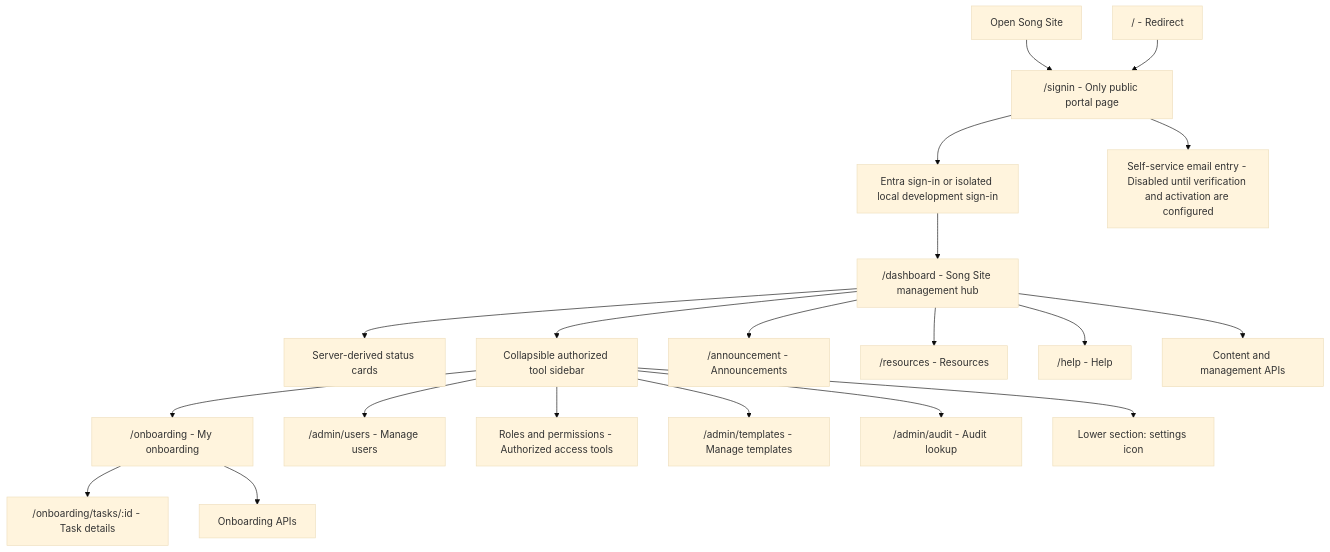
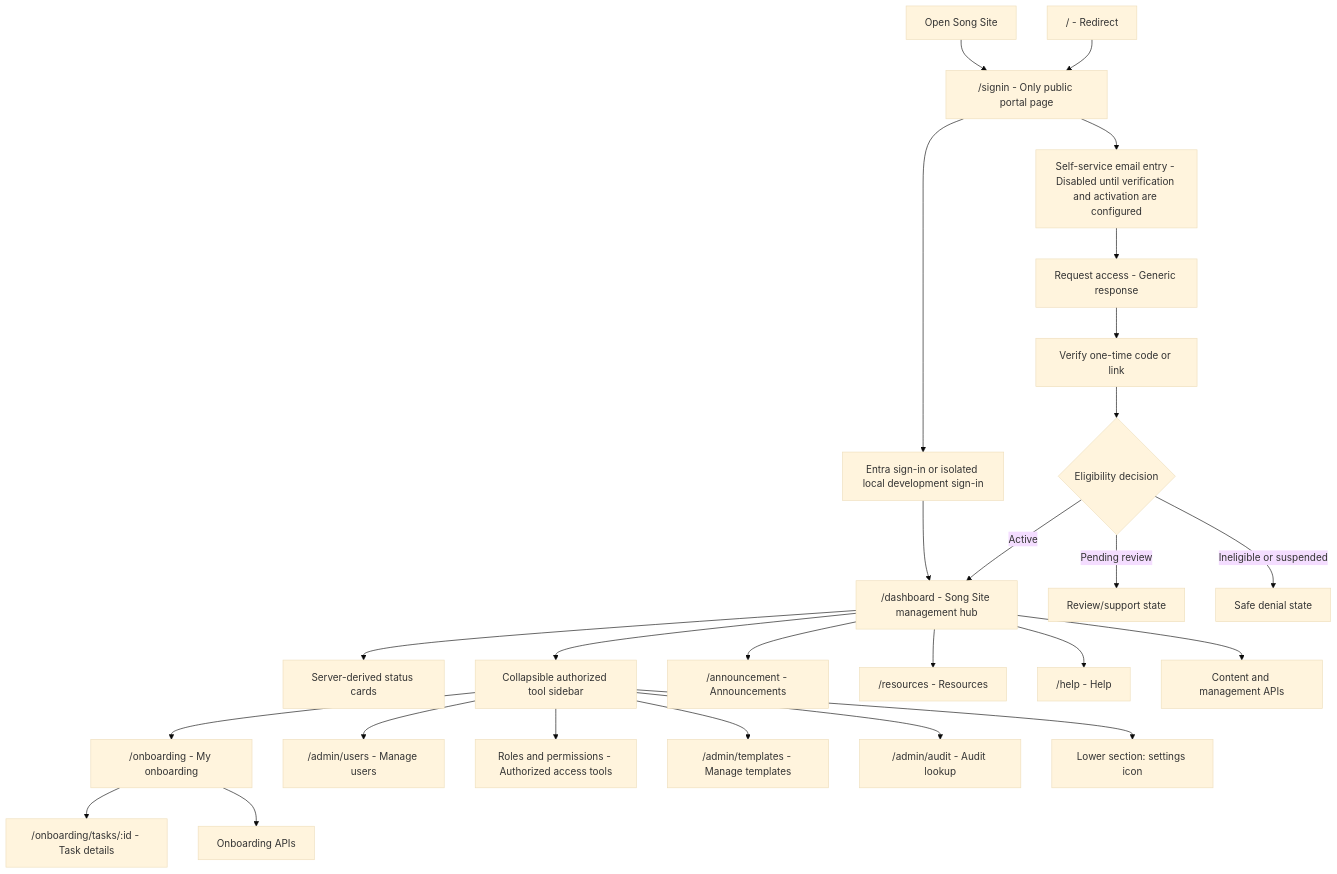
One commit to jestonibbaguio-max/song-site changed the first of 2 diagrams in docs/navigation-flows.md. Above: the diagram before and after it, drawn with Mermaid (base theme). The commit also changed other lines of this file and 5 other files, not shown here.

````diff
--- a/docs/navigation-flows.md
+++ b/docs/navigation-flows.md
@@ -9,23 +9,29 @@
 ```mermaid
 flowchart TD
     START["Open Song Site"] --> SIGNIN["/signin - Only public portal page"]
     ROOT["/ - Redirect"] --> SIGNIN
     SIGNIN --> AUTH["Entra sign-in or isolated local development sign-in"]
     SIGNIN --> EMAIL["Self-service email entry - Disabled until verification and activation are configured"]
+    EMAIL --> REQUEST["Request access - Generic response"]
+    REQUEST --> VERIFY["Verify one-time code or link"]
+    VERIFY --> ELIGIBILITY{"Eligibility decision"}
+    ELIGIBILITY -->|Active| DASH
+    ELIGIBILITY -->|Pending review| REVIEW["Review/support state"]
+    ELIGIBILITY -->|Ineligible or suspended| DENIED["Safe denial state"]
     AUTH --> DASH["/dashboard - Song Site management hub"]
     DASH --> STATUS["Server-derived status cards"]
     DASH --> SIDEBAR["Collapsible authorized tool sidebar"]
     SIDEBAR --> ONBOARDING["/onboarding - My onboarding"]
     SIDEBAR --> USERS["/admin/users - Manage users"]
     SIDEBAR --> ACCESS["Roles and permissions - Authorized access tools"]
     SIDEBAR --> TEMPLATES["/admin/templates - Manage templates"]
     SIDEBAR --> AUDIT["/admin/audit - Audit lookup"]
     SIDEBAR --> SETTINGS["Lower section: settings icon"]
     DASH --> ANNOUNCEMENT["/announcement - Announcements"]
     DASH --> RESOURCES["/resources - Resources"]
     DASH --> HELP["/help - Help"]
 
     ONBOARDING --> TASKS["/onboarding/tasks/:id - Task details"]
     DASH --> CONTENT["Content and management APIs"]
     ONBOARDING --> API["Onboarding APIs"]
 ```
````
